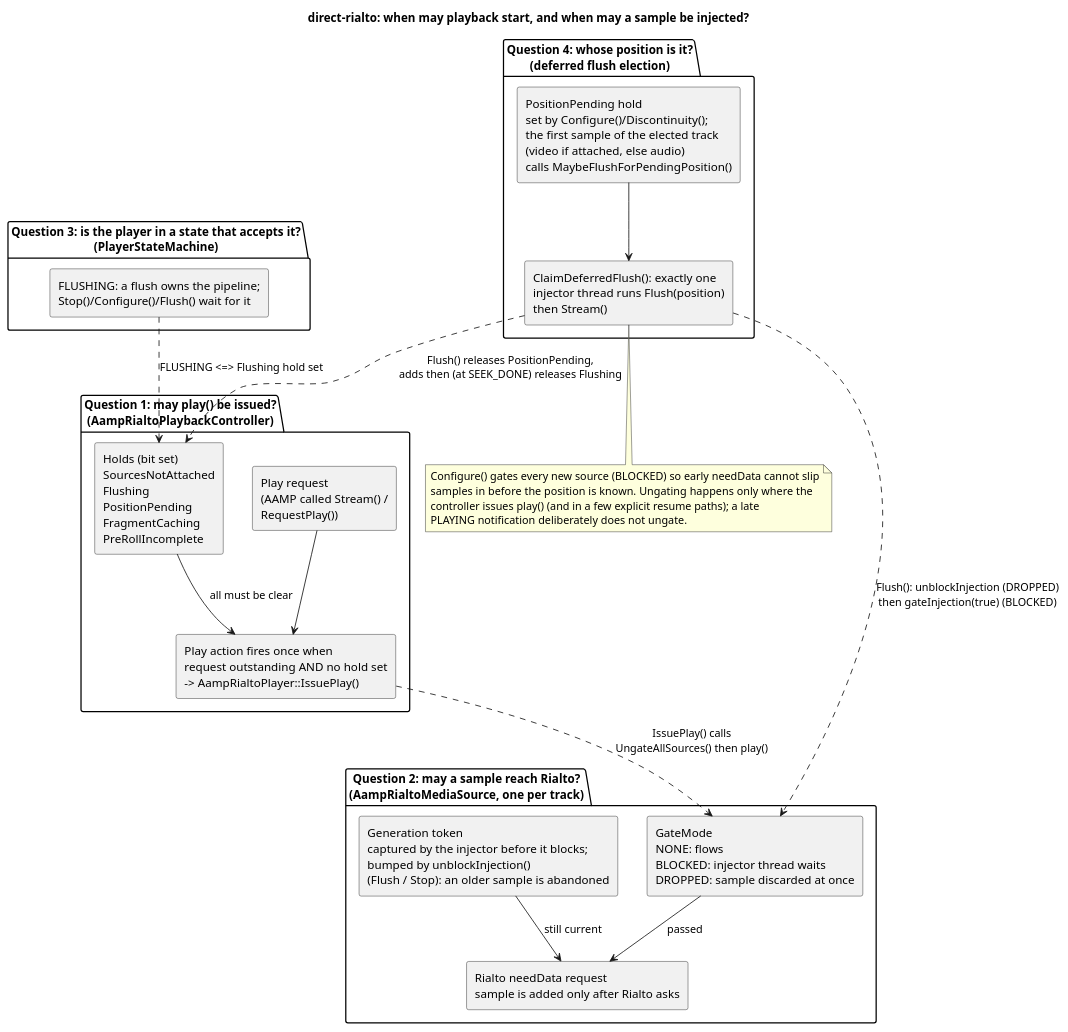
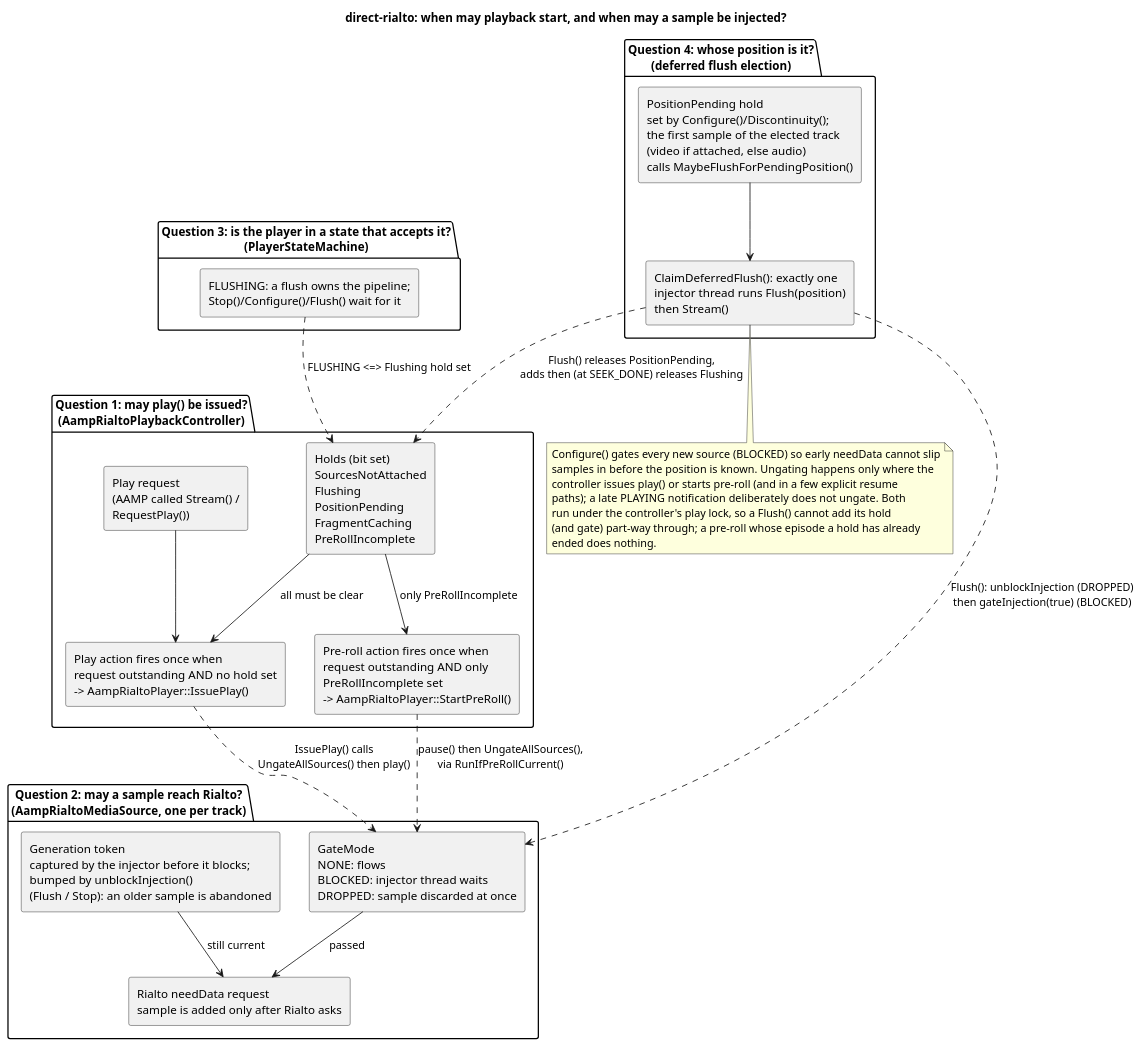
Before and after one commit to rdkcentral/aamp: the diagram in docs/diagrams/direct-rialto-data-flow-gating.puml, drawn with PlantUML. The commit also changed 6 other files, not shown here.

First line of the commit message:
VPLAY-12902: Prevent stale pre-roll from overriding flush holds

```diff
--- a/docs/diagrams/direct-rialto-data-flow-gating.puml
+++ b/docs/diagrams/direct-rialto-data-flow-gating.puml
@@ -18,41 +18,47 @@
 @startuml direct-rialto-data-flow-gating
 title direct-rialto: when may playback start, and when may a sample be injected?
 
 package "Question 1: may play() be issued?\n(AampRialtoPlaybackController)" {
   rectangle "Play request\n(AAMP called Stream() /\nRequestPlay())" as REQ
   rectangle "Holds (bit set)\nSourcesNotAttached\nFlushing\nPositionPending\nFragmentCaching\nPreRollIncomplete" as HOLDS
   rectangle "Play action fires once when\nrequest outstanding AND no hold set\n-> AampRialtoPlayer::IssuePlay()" as FIRE
+  rectangle "Pre-roll action fires once when\nrequest outstanding AND only\nPreRollIncomplete set\n-> AampRialtoPlayer::StartPreRoll()" as PREROLL
   REQ --> FIRE
   HOLDS --> FIRE : all must be clear
+  HOLDS --> PREROLL : only PreRollIncomplete
 }
 
 package "Question 2: may a sample reach Rialto?\n(AampRialtoMediaSource, one per track)" {
   rectangle "GateMode\nNONE: flows\nBLOCKED: injector thread waits\nDROPPED: sample discarded at once" as GATE
   rectangle "Generation token\ncaptured by the injector before it blocks;\nbumped by unblockInjection()\n(Flush / Stop): an older sample is abandoned" as GEN
   rectangle "Rialto needData request\nsample is added only after Rialto asks" as ND
   GATE --> ND : passed
   GEN --> ND : still current
 }
 
 package "Question 3: is the player in a state that accepts it?\n(PlayerStateMachine)" {
   rectangle "FLUSHING: a flush owns the pipeline;\nStop()/Configure()/Flush() wait for it" as ST
 }
 
 package "Question 4: whose position is it?\n(deferred flush election)" {
   rectangle "PositionPending hold\nset by Configure()/Discontinuity();\nthe first sample of the elected track\n(video if attached, else audio)\ncalls MaybeFlushForPendingPosition()" as ELECT
   rectangle "ClaimDeferredFlush(): exactly one\ninjector thread runs Flush(position)\nthen Stream()" as CLAIM
   ELECT --> CLAIM
 }
 
 FIRE ..> GATE : IssuePlay() calls\nUngateAllSources() then play()
+PREROLL ..> GATE : pause() then UngateAllSources(),\nvia RunIfPreRollCurrent()
 CLAIM ..> HOLDS : Flush() releases PositionPending,\nadds then (at SEEK_DONE) releases Flushing
 CLAIM ..> GATE : Flush(): unblockInjection (DROPPED)\nthen gateInjection(true) (BLOCKED)
 ST ..> HOLDS : FLUSHING <=> Flushing hold set
 
 note bottom
   Configure() gates every new source (BLOCKED) so early needData cannot slip
   samples in before the position is known.  Ungating happens only where the
-  controller issues play() (and in a few explicit resume paths); a late
-  PLAYING notification deliberately does not ungate.
+  controller issues play() or starts pre-roll (and in a few explicit resume
+  paths); a late PLAYING notification deliberately does not ungate.  Both
+  run under the controller's play lock, so a Flush() cannot add its hold
+  (and gate) part-way through; a pre-roll whose episode a hold has already
+  ended does nothing.
 end note
 @enduml
```
